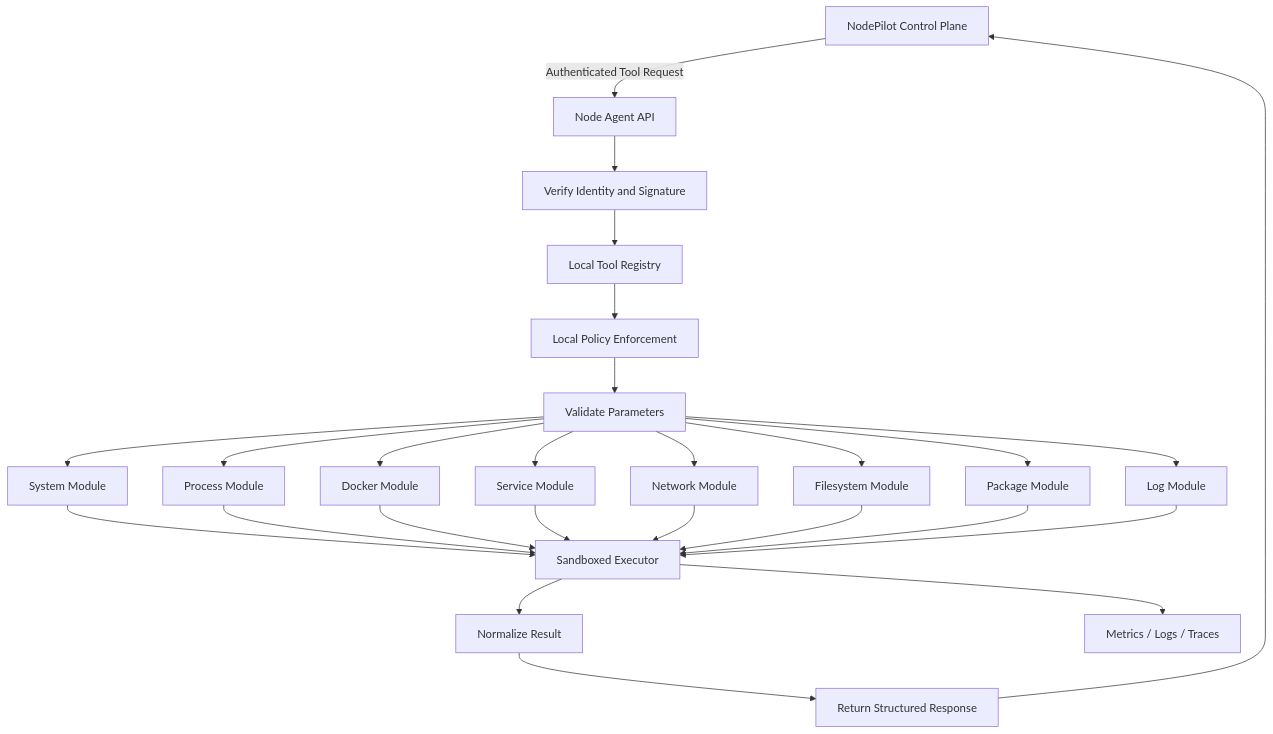
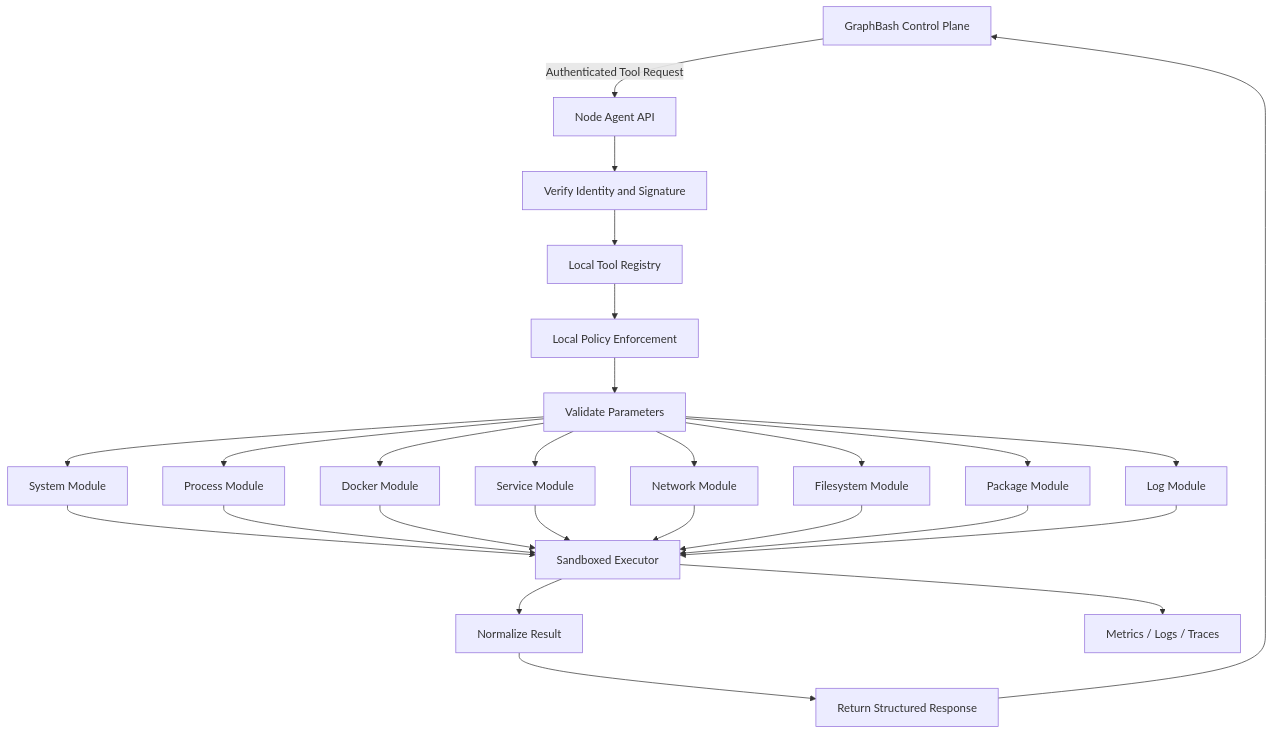
One commit to puvithk/graphBash-node-agent changed the diagram in README_NODE_AGENT.md. Above: the diagram before and after it, drawn with Mermaid. The commit also changed other lines of this file, not shown here.

Commit message:
Rename NodePilot to GraphBash in README

````diff
--- a/README_NODE_AGENT.md
+++ b/README_NODE_AGENT.md
@@ -37,31 +37,31 @@
 ```mermaid
 flowchart TD
-    CP[NodePilot Control Plane] -->|Authenticated Tool Request| API[Node Agent API]
+    CP[GraphBash Control Plane] -->|Authenticated Tool Request| API[Node Agent API]
     API --> VERIFY[Verify Identity and Signature]
     VERIFY --> REGISTRY[Local Tool Registry]
     REGISTRY --> POLICY[Local Policy Enforcement]
     POLICY --> VALIDATE[Validate Parameters]
 
     VALIDATE --> SYSTEM[System Module]
     VALIDATE --> PROCESS[Process Module]
     VALIDATE --> DOCKER[Docker Module]
     VALIDATE --> SERVICE[Service Module]
     VALIDATE --> NETWORK[Network Module]
     VALIDATE --> FILES[Filesystem Module]
     VALIDATE --> PACKAGE[Package Module]
     VALIDATE --> LOGS[Log Module]
 
     SYSTEM --> EXEC[Sandboxed Executor]
     PROCESS --> EXEC
     DOCKER --> EXEC
     SERVICE --> EXEC
     NETWORK --> EXEC
     FILES --> EXEC
     PACKAGE --> EXEC
     LOGS --> EXEC
 
     EXEC --> NORMALIZE[Normalize Result]
     NORMALIZE --> RESPONSE[Return Structured Response]
     EXEC --> TELEMETRY[Metrics / Logs / Traces]
     RESPONSE --> CP
 ```
````
